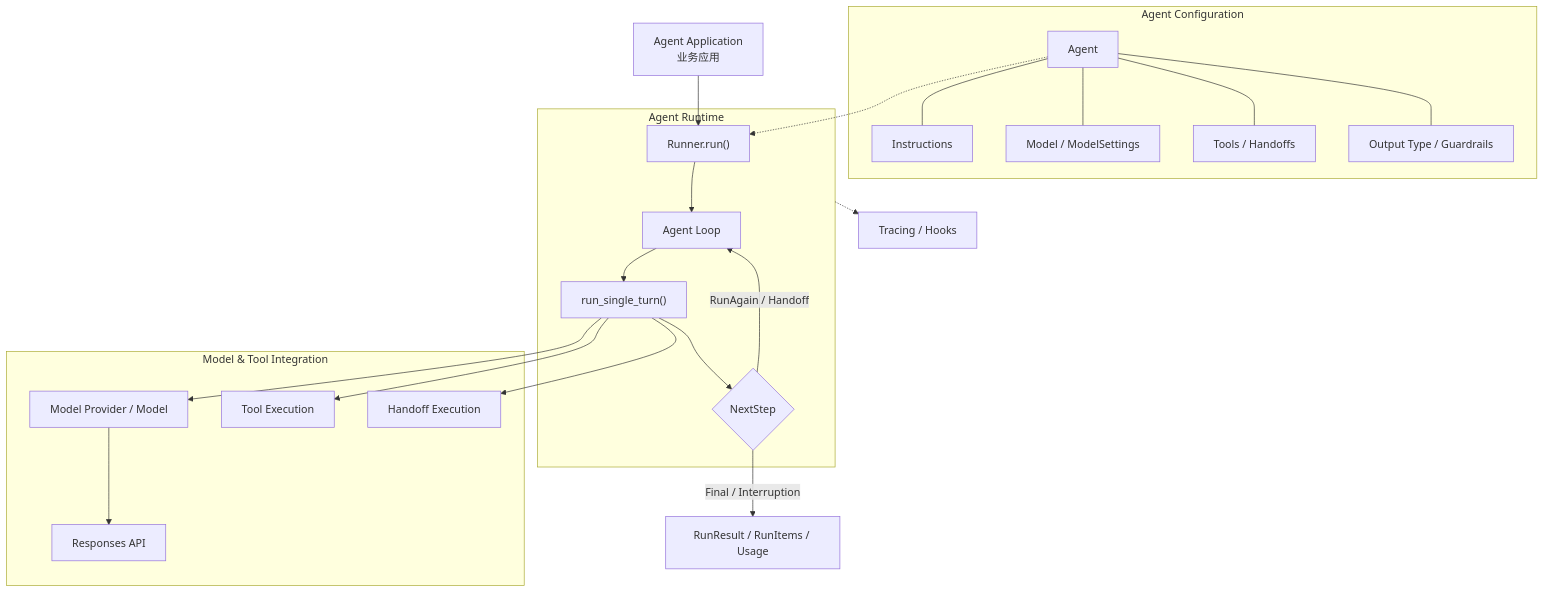
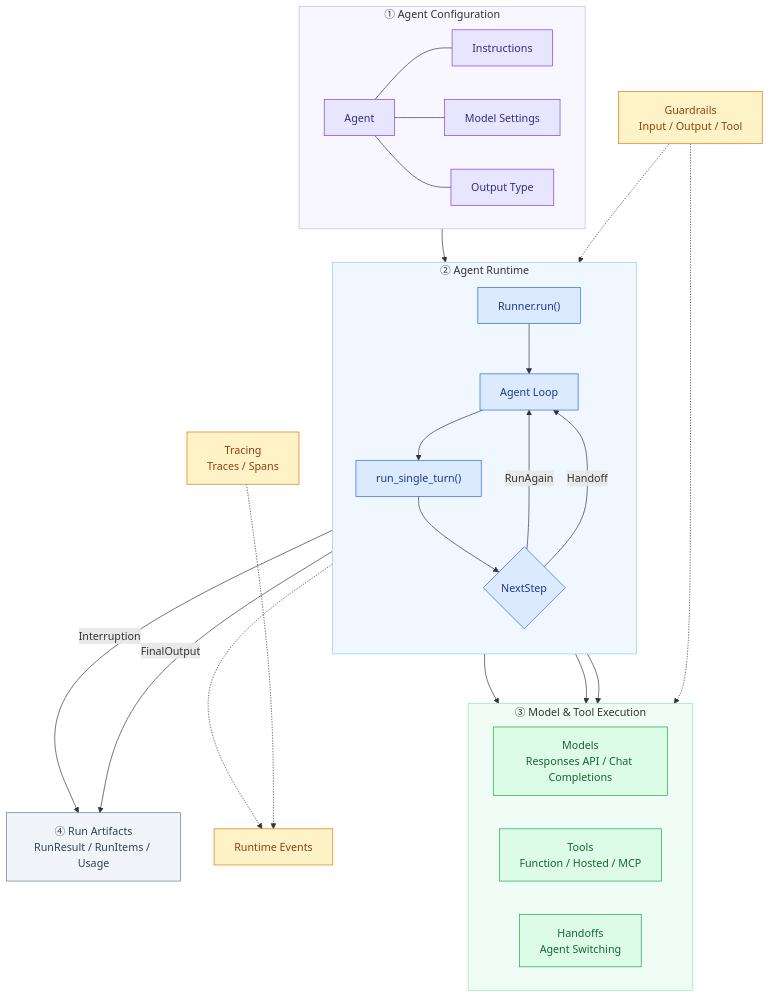
The first of 7 diagrams in notes_optimized.md (Codefreyy/openai-agents-sdk-learn), drawn with Mermaid before and after one commit. The commit also changed other lines of this file and 2 other files, not shown here.

````diff
--- a/notes_optimized.md
+++ b/notes_optimized.md
@@ -87,50 +118,68 @@
 ```mermaid
 flowchart TB
-    App["Agent Application<br/>业务应用"]
-
-    subgraph CONFIG["Agent Configuration"]
+    subgraph CONFIG["① Agent Configuration"]
+        direction LR
         Agent["Agent"]
         Instructions["Instructions"]
-        ModelConfig["Model / ModelSettings"]
-        ToolsConfig["Tools / Handoffs"]
-        OutputConfig["Output Type / Guardrails"]
+        ModelSettings["Model Settings"]
+        OutputType["Output Type"]
 
         Agent --- Instructions
-        Agent --- ModelConfig
-        Agent --- ToolsConfig
-        Agent --- OutputConfig
+        Agent --- ModelSettings
+        Agent --- OutputType
     end
 
-    subgraph RUNTIME["Agent Runtime"]
+    subgraph RUNTIME["② Agent Runtime"]
+        direction TB
         Runner["Runner.run()"]
         Loop["Agent Loop"]
         SingleTurn["run_single_turn()"]
-        NextStep{"NextStep"}
+        Decision{"NextStep"}
 
         Runner --> Loop
         Loop --> SingleTurn
-        SingleTurn --> NextStep
-        NextStep -->|"RunAgain / Handoff"| Loop
+        SingleTurn --> Decision
     end
 
-    subgraph INTEGRATION["Model & Tool Integration"]
-        Model["Model Provider / Model"]
-        API["Responses API"]
-        ToolExec["Tool Execution"]
-        HandoffExec["Handoff Execution"]
-
-        Model --> API
+    subgraph EXECUTION["③ Model & Tool Execution"]
+        direction LR
+        Models["Models<br/>Responses API / Chat Completions"]
+        Tools["Tools<br/>Function / Hosted / MCP"]
+        Handoffs["Handoffs<br/>Agent Switching"]
     end
 
-    Result["RunResult / RunItems / Usage"]
-    Tracing["Tracing / Hooks"]
+    Guardrails["Guardrails<br/>Input / Output / Tool"]
+    Tracing["Tracing<br/>Traces / Spans"]
+    Artifacts["④ Run Artifacts<br/>RunResult / RunItems / Usage"]
 
-    App --> Runner
-    Agent -.-> Runner
-    SingleTurn --> Model
-    SingleTurn --> ToolExec
-    SingleTurn --> HandoffExec
+    Agent --> Runner
+    SingleTurn --> Models
+    SingleTurn --> Tools
+    SingleTurn --> Handoffs
 
-    NextStep -->|"Final / Interruption"| Result
-    RUNTIME -.-> Tracing
+    Decision -->|"RunAgain"| Loop
+    Decision -->|"Handoff"| Loop
+    Decision -->|"FinalOutput"| Artifacts
+    Decision -->|"Interruption"| Artifacts
+
+    Guardrails -.-> Runner
+    Guardrails -.-> Tools
+    Tracing -.-> RuntimeAnchor["Runtime Events"]
+    Loop -.-> RuntimeAnchor
+
+    classDef config fill:#e8e5ff,stroke:#7c3aed,color:#312e81
+    classDef runtime fill:#dbeafe,stroke:#2563eb,color:#1e3a8a
+    classDef execution fill:#dcfce7,stroke:#16a34a,color:#166534
+    classDef support fill:#fef3c7,stroke:#d97706,color:#92400e
+    classDef result fill:#f1f5f9,stroke:#64748b,color:#334155
+
+    class Agent,Instructions,ModelSettings,OutputType config
+    class Runner,Loop,SingleTurn,Decision runtime
+    class Models,Tools,Handoffs execution
+    class Guardrails,Tracing,RuntimeAnchor support
+    class Artifacts result
+
+    style CONFIG fill:#f8f7ff,stroke:#c4b5fd
+    style RUNTIME fill:#f0f7ff,stroke:#93c5fd
+    style EXECUTION fill:#f0fdf4,stroke:#86efac
 ```
````
